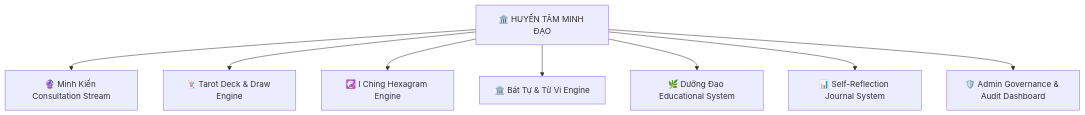
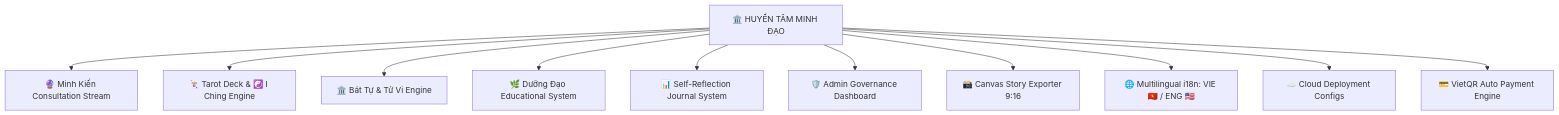
Before and after one commit to caothanhtn147-cell/HUYEN_TAM_MINH_DAO: the diagram in HUONG_DAN_SU_DUNG_VA_GIOI_THIEU_DU_AN.md, drawn with Mermaid. The commit also changed other lines of this file and 1 other file, not shown here.

````diff
--- a/HUONG_DAN_SU_DUNG_VA_GIOI_THIEU_DU_AN.md
+++ b/HUONG_DAN_SU_DUNG_VA_GIOI_THIEU_DU_AN.md
@@ -16,12 +11,16 @@
 ```mermaid
 graph TD
     HT[🏛️ HUYỀN TÂM MINH ĐẠO]
     
     HT --> P1[🔮 Minh Kiến Consultation Stream]
-    HT --> P2[🃏 Tarot Deck & Draw Engine]
-    HT --> P3[☯️ I Ching Hexagram Engine]
-    HT --> P4[🏛️ Bát Tự & Tử Vi Engine]
-    HT --> P5[🌿 Dưỡng Đạo Educational System]
-    HT --> P6[📊 Self-Reflection Journal System]
-    HT --> P7[🛡️ Admin Governance & Audit Dashboard]
+    HT --> P2[🃏 Tarot Deck & ☯️ I Ching Engine]
+    HT --> P3[🏛️ Bát Tự & Tử Vi Engine]
+    HT --> P4[🌿 Dưỡng Đạo Educational System]
+    HT --> P5[📊 Self-Reflection Journal System]
+    HT --> P6[🛡️ Admin Governance Dashboard]
+
+    HT --> M1[📸 Canvas Story Exporter 9:16]
+    HT --> M2[🌐 Multilingual i18n: VIE 🇻🇳 / ENG 🇺🇸]
+    HT --> M3[☁️ Cloud Deployment Configs]
+    HT --> M4[💳 VietQR Auto Payment Engine]
 ```
````
